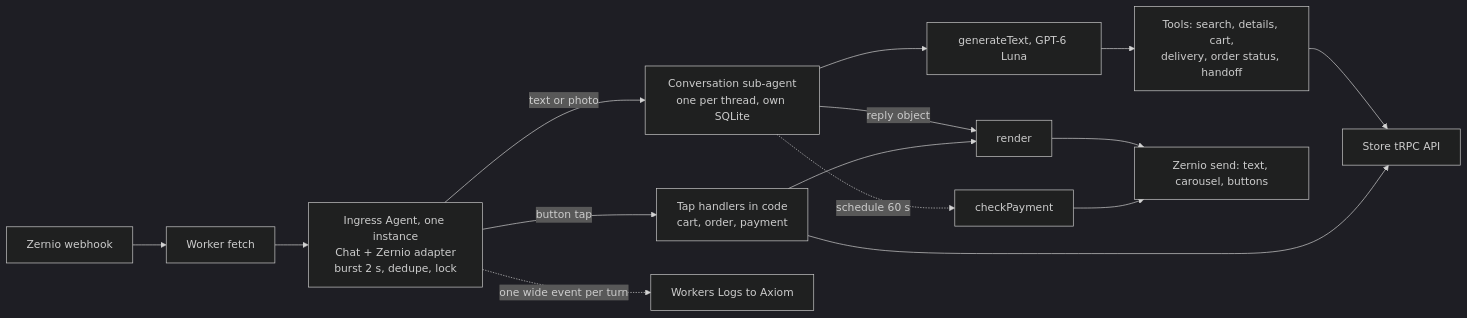
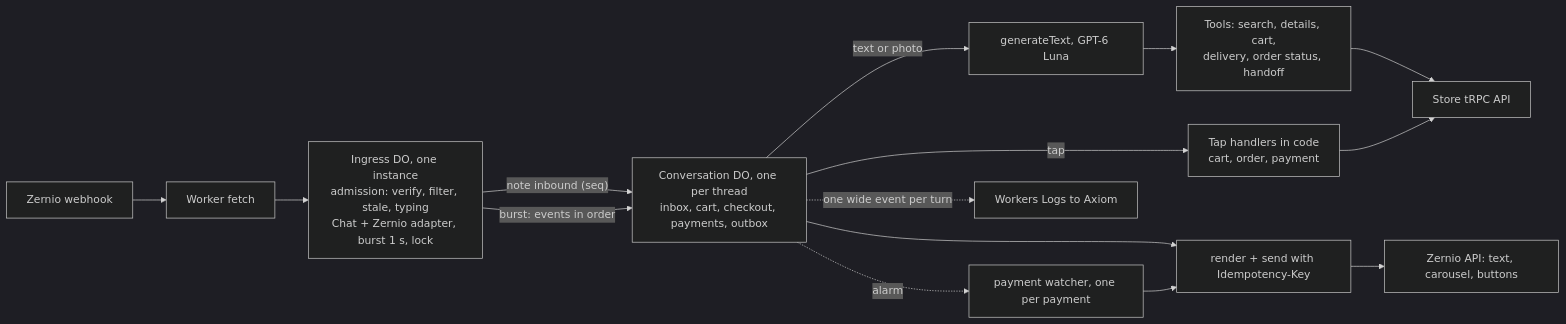
Before and after one commit to darjss/vit-store: the diagram in plans/029-messenger-bot-rewrite.md, drawn with Mermaid (dark theme). The commit also changed other lines of this file, not shown here.

Commit message:
docs(plans): 029 address Codex review (durability, idempotent orders, reconciler, admission)

````diff
--- a/plans/029-messenger-bot-rewrite.md
+++ b/plans/029-messenger-bot-rewrite.md
@@ -49,17 +53,17 @@
 ```mermaid
 flowchart LR
   Z[Zernio webhook] --> W[Worker fetch]
-  W --> I["Ingress Agent, one instance<br/>Chat + Zernio adapter<br/>burst 2 s, dedupe, lock"]
-  I -->|button tap| T["Tap handlers in code<br/>cart, order, payment"]
-  I -->|text or photo| C["Conversation sub-agent<br/>one per thread, own SQLite"]
-  C --> M["generateText, GPT-6 Luna"]
+  W --> I["Ingress DO, one instance<br/>admission: verify, filter, stale, typing<br/>Chat + Zernio adapter, burst 1 s, lock"]
+  I -->|"note inbound (seq)"| C
+  I -->|"burst: events in order"| C["Conversation DO, one per thread<br/>inbox, cart, checkout, payments, outbox"]
+  C -->|tap| T["Tap handlers in code<br/>cart, order, payment"]
+  C -->|text or photo| M["generateText, GPT-6 Luna"]
   M --> TL["Tools: search, details, cart,<br/>delivery, order status, handoff"]
   TL --> S["Store tRPC API"]
   T --> S
-  C -->|reply object| R[render]
-  T --> R
-  R --> ZA["Zernio send: text, carousel, buttons"]
-  C -. "schedule 60 s" .-> P["checkPayment"]
-  P --> ZA
-  I -. one wide event per turn .-> L[Workers Logs to Axiom]
+  C --> R["render + send with Idempotency-Key"]
+  R --> ZA["Zernio API: text, carousel, buttons"]
+  C -. "alarm" .-> P["payment watcher, one per payment"]
+  P --> R
+  C -. one wide event per turn .-> L[Workers Logs to Axiom]
 ```
````
